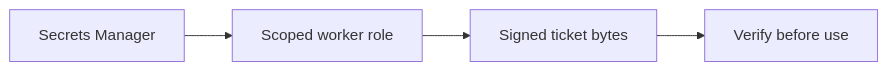
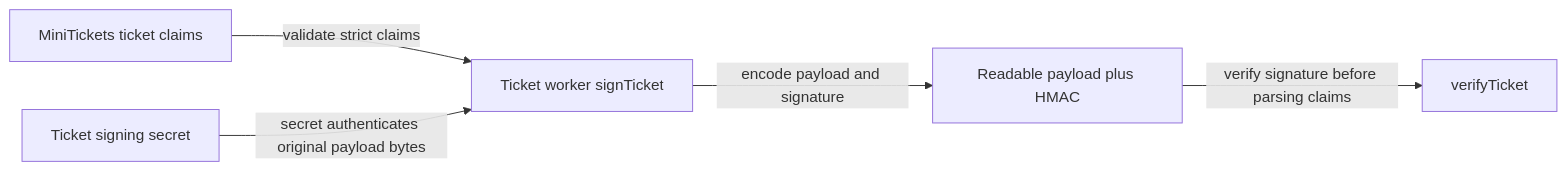
Before and after one commit to maheshnd/minitickets: the diagram in docs/handbook/concepts/ticket-signing.md, drawn with Mermaid. The commit also changed other lines of this file and 119 other files, not shown here.

````diff
--- a/docs/handbook/concepts/ticket-signing.md
+++ b/docs/handbook/concepts/ticket-signing.md
@@ -17,7 +18,7 @@
 ```mermaid
 flowchart LR
-    n0["Secrets Manager"] --> n1
-    n1["Scoped worker role"] --> n2
-    n2["Signed ticket bytes"] --> n3
-    n3["Verify before use"]
+    claims["MiniTickets ticket claims"] -->|"validate strict claims"| worker["Ticket worker signTicket"]
+    secret["Ticket signing secret"] -->|"secret authenticates original payload bytes"| worker
+    worker -->|"encode payload and signature"| token["Readable payload plus HMAC"]
+    token -->|"verify signature before parsing claims"| verify["verifyTicket"]
 ```
````
